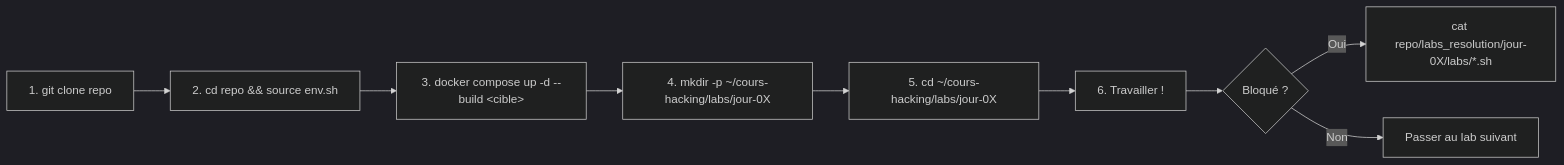
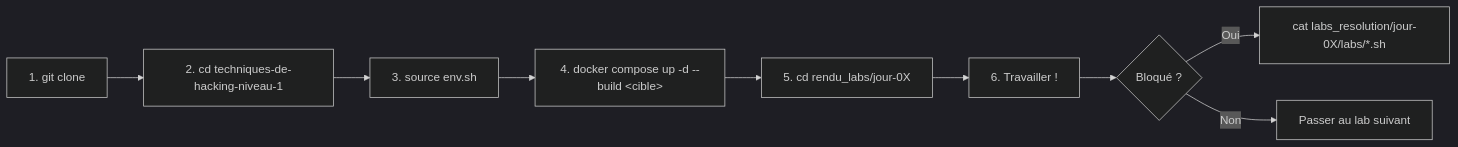
The first of 8 diagrams in JOUR-01-introduction-hacking-ethique-vulnerabilites.md (yugmerabtene/techniques-de-hacking-niveau-1), drawn with Mermaid (dark theme) before and after one commit. The commit also changed other lines of this file and 6 other files, not shown here.

Commit message:
refacto: rendu_labs/ + arborescence reelle sans repo/

````diff
--- a/JOUR-01-introduction-hacking-ethique-vulnerabilites.md
+++ b/JOUR-01-introduction-hacking-ethique-vulnerabilites.md
@@ -83,11 +81,11 @@
 ```mermaid
 flowchart LR
-    A["1. git clone repo"] --> B["2. cd repo && source env.sh"]
-    B --> C["3. docker compose up -d --build &lt;cible&gt;"]
-    C --> D["4. mkdir -p ~/cours-hacking/labs/jour-0X"]
-    D --> E["5. cd ~/cours-hacking/labs/jour-0X"]
+    A["1. git clone"] --> B["2. cd techniques-de-hacking-niveau-1"]
+    B --> C["3. source env.sh"]
+    C --> D["4. docker compose up -d --build &lt;cible&gt;"]
+    D --> E["5. cd rendu_labs/jour-0X"]
     E --> F["6. Travailler !"]
     F --> G{"Bloqué ?"}
-    G -->|"Oui"| H["cat repo/labs_resolution/jour-0X/labs/*.sh"]
+    G -->|"Oui"| H["cat labs_resolution/jour-0X/labs/*.sh"]
     G -->|"Non"| I["Passer au lab suivant"]
 ```
````
